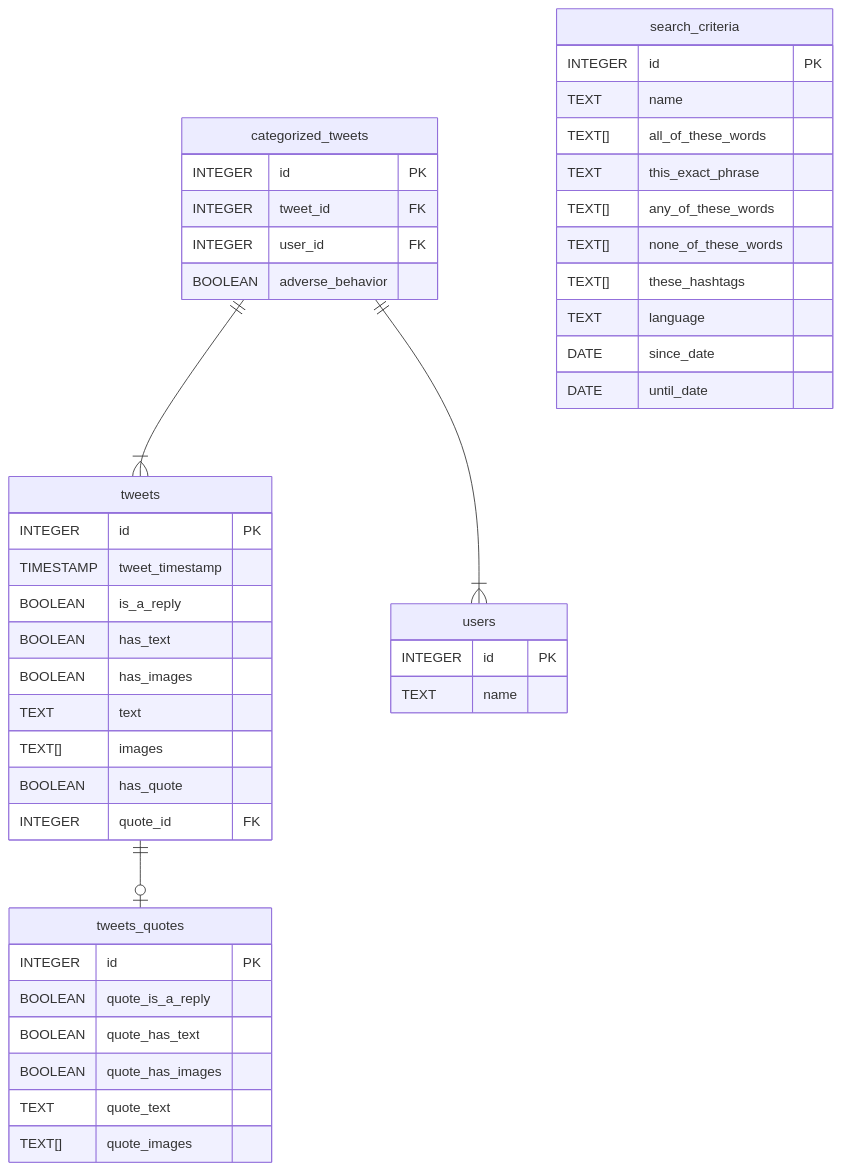
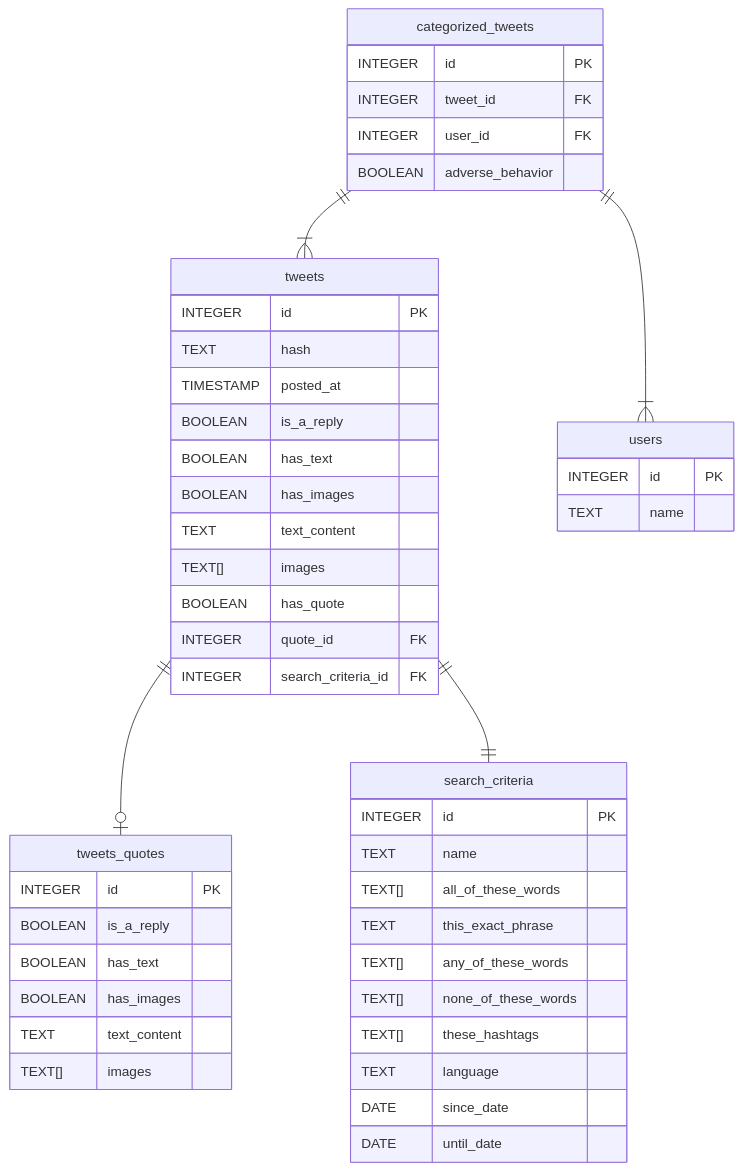
The diagram in README.md (lhbelfanti/ahbcc), drawn with Mermaid before and after one commit. The commit also changed other lines of this file and 4 other files, not shown here.

````diff
--- a/README.md
+++ b/README.md
@@ -33,47 +37,50 @@
 ```mermaid
 erDiagram
+    tweets ||--o| tweets_quotes : ""
+    tweets ||--|| search_criteria : ""
     tweets {
         INTEGER id PK
-        TIMESTAMP tweet_timestamp
+        TEXT hash
+        TIMESTAMP posted_at
         BOOLEAN is_a_reply
         BOOLEAN has_text
         BOOLEAN has_images
-        TEXT text
+        TEXT text_content
         TEXT[] images
         BOOLEAN has_quote
         INTEGER quote_id FK
+        INTEGER search_criteria_id FK
     }
-    tweets ||--o| tweets_quotes : ""
     tweets_quotes {
         INTEGER id PK
-        BOOLEAN quote_is_a_reply
-        BOOLEAN quote_has_text
-        BOOLEAN quote_has_images
-        TEXT quote_text
-        TEXT[] quote_images
+        BOOLEAN is_a_reply
+        BOOLEAN has_text
+        BOOLEAN has_images
+        TEXT text_content
+        TEXT[] images
+    }
+    search_criteria {
+        INTEGER id PK
+        TEXT name
+        TEXT[] all_of_these_words
+        TEXT this_exact_phrase
+        TEXT[] any_of_these_words
+        TEXT[] none_of_these_words
+        TEXT[] these_hashtags
+        TEXT language
+        DATE since_date
+        DATE until_date
     }
     users {
         INTEGER id PK
         TEXT name
     }
     categorized_tweets ||--|{ tweets : ""
     categorized_tweets ||--|{ users : ""
     categorized_tweets {
         INTEGER id PK
         INTEGER tweet_id FK
         INTEGER user_id FK
         BOOLEAN adverse_behavior
     }
-    search_criteria {
-        INTEGER id PK
-        TEXT name
-        TEXT[] all_of_these_words
-        TEXT this_exact_phrase
-        TEXT[] any_of_these_words
-        TEXT[] none_of_these_words
-        TEXT[] these_hashtags
-        TEXT language
-        DATE since_date
-        DATE until_date
-    }
 ```
````
